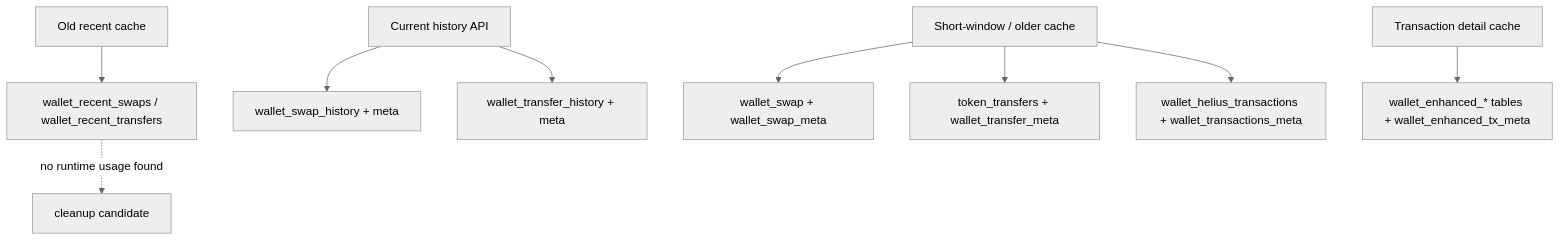
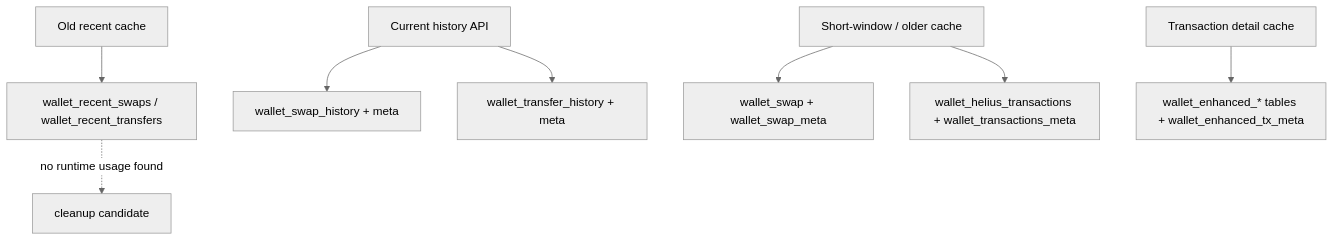
The second of 3 diagrams in docs/db/DB_SCHEMA_USAGE_AND_CLEANUP_REPORT.md (YocaHCMUS/Yoca), drawn with Mermaid (neutral theme) before and after one commit. The commit also changed other lines of this file and 8 other files, not shown here.

````diff
--- a/docs/db/DB_SCHEMA_USAGE_AND_CLEANUP_REPORT.md
+++ b/docs/db/DB_SCHEMA_USAGE_AND_CLEANUP_REPORT.md
@@ -139,14 +135,13 @@
 ```mermaid
 flowchart TD
   Old[Old recent cache] --> Recent[wallet_recent_swaps / wallet_recent_transfers]
   Recent -. no runtime usage found .-> DropCandidate[cleanup candidate]
 
   CurrentHistory[Current history API] --> SwapHistory[wallet_swap_history + meta]
   CurrentHistory --> TransferHistory[wallet_transfer_history + meta]
 
   ShortWindow[Short-window / older cache] --> WalletSwap[wallet_swap + wallet_swap_meta]
-  ShortWindow --> TokenTransfers[token_transfers + wallet_transfer_meta]
   ShortWindow --> Helius[wallet_helius_transactions + wallet_transactions_meta]
 
   Detail[Transaction detail cache] --> Enhanced[wallet_enhanced_* tables + wallet_enhanced_tx_meta]
 ```
````
